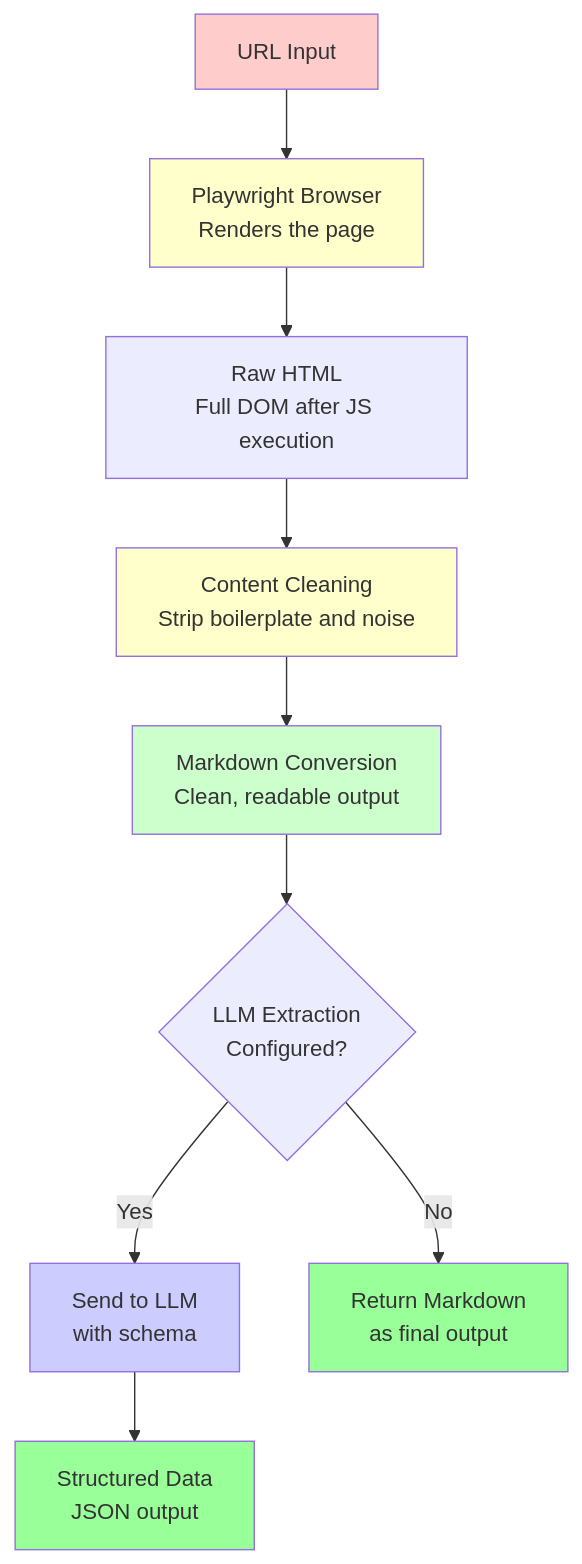
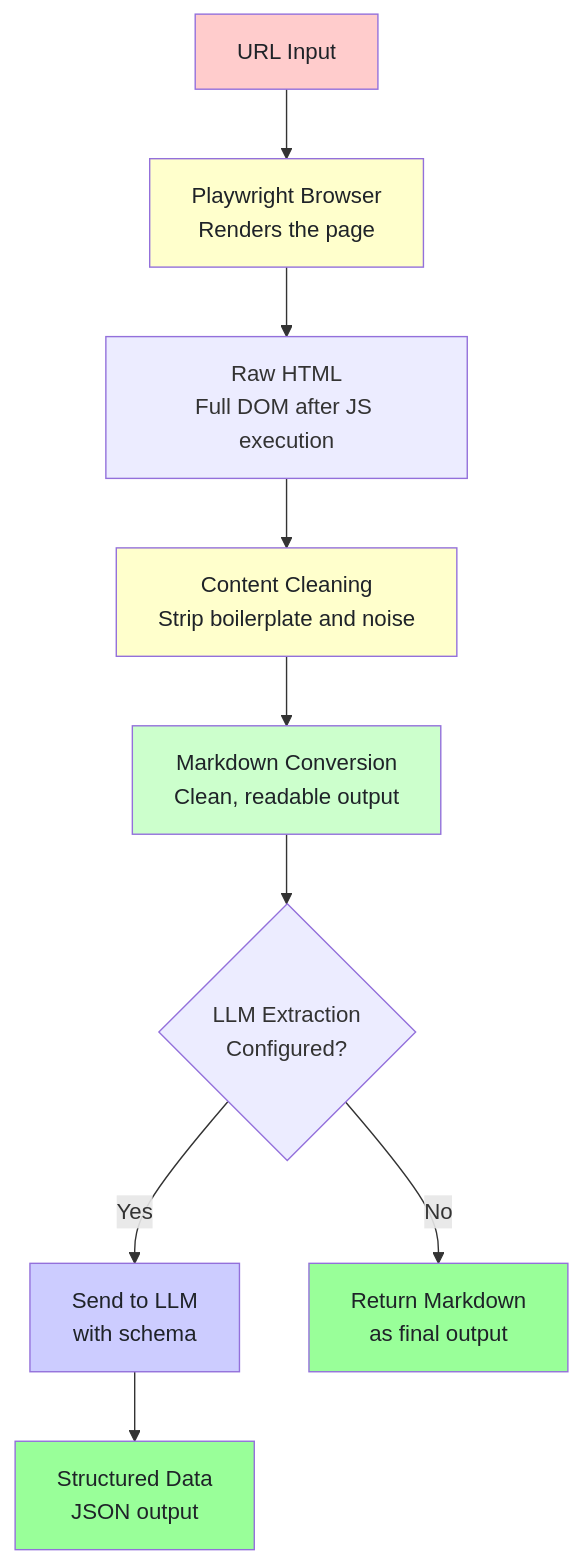
One commit to bytetunnels/bytetunnels.github.com changed the first of 2 diagrams in _posts/2026-02-21-how-crawl4ai-works-open-source-ai-scraping-framework.md. Above: the diagram before and after it, drawn with Mermaid. The commit also changed other lines of this file and 118 other files, not shown here.

Commit message:
feat: improve diagram styling and compact wide flowcharts

````diff
--- a/_posts/2026-02-21-how-crawl4ai-works-open-source-ai-scraping-framework.md
+++ b/_posts/2026-02-21-how-crawl4ai-works-open-source-ai-scraping-framework.md
@@ -25,19 +25,19 @@
 ```mermaid
 graph TD
     A["URL Input"] --> B["Playwright Browser<br>Renders the page"]
     B --> C["Raw HTML<br>Full DOM after JS execution"]
     C --> D["Content Cleaning<br>Strip boilerplate and noise"]
     D --> E["Markdown Conversion<br>Clean, readable output"]
     E --> F{"LLM Extraction<br>Configured?"}
     F -->|Yes| G["Send to LLM<br>with schema"]
     G --> H["Structured Data<br>JSON output"]
     F -->|No| I["Return Markdown<br>as final output"]
 
-    style A fill:#ffcccc
-    style B fill:#ffffcc
-    style D fill:#ffffcc
-    style E fill:#ccffcc
-    style G fill:#ccccff
-    style H fill:#99ff99
-    style I fill:#99ff99
+    style A fill:#ffcccc,color:#1f2328
+    style B fill:#ffffcc,color:#1f2328
+    style D fill:#ffffcc,color:#1f2328
+    style E fill:#ccffcc,color:#1f2328
+    style G fill:#ccccff,color:#1f2328
+    style H fill:#99ff99,color:#1f2328
+    style I fill:#99ff99,color:#1f2328
 ```
````
